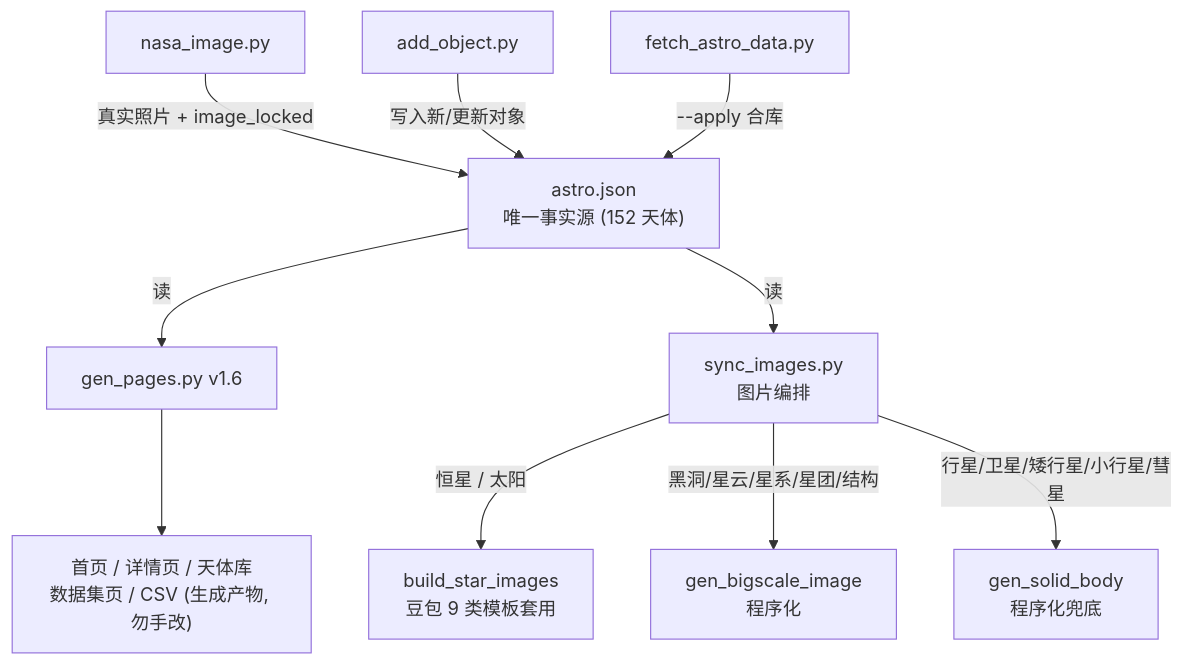
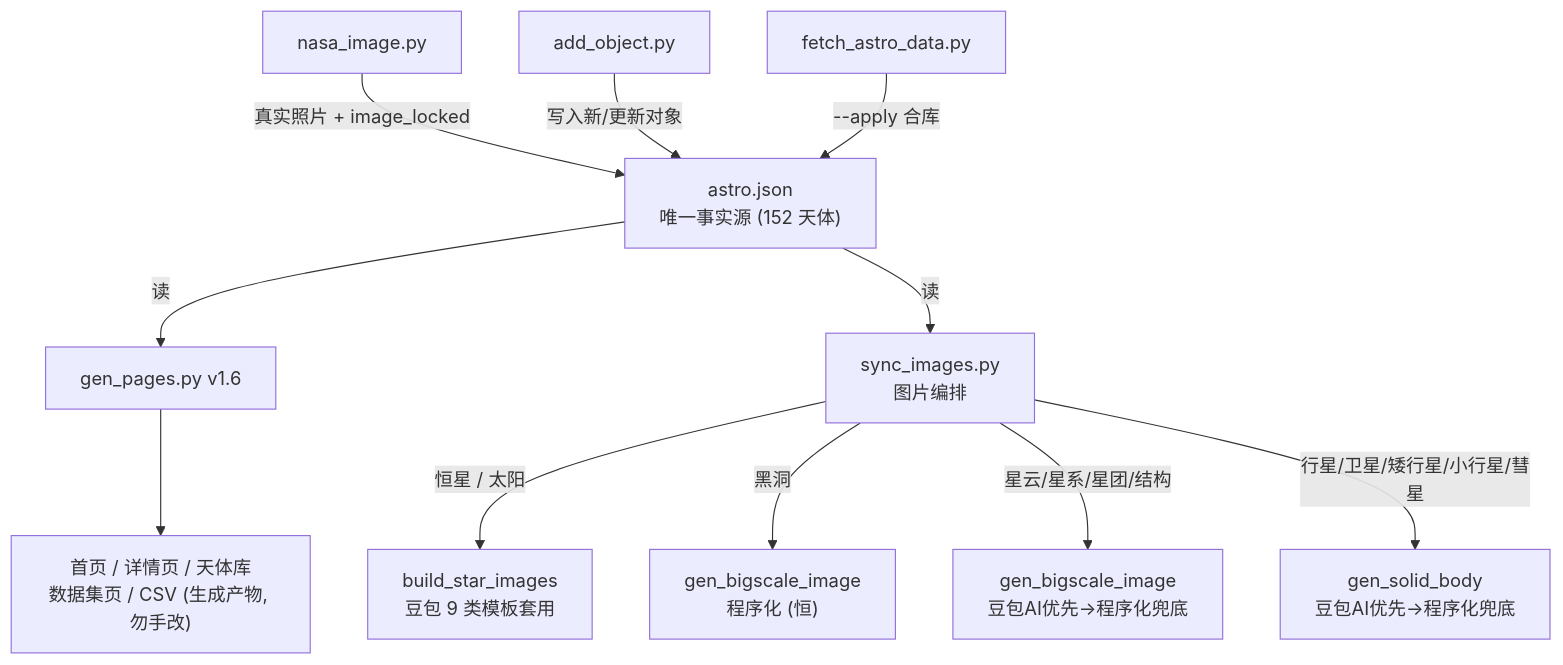
Before and after one commit to yufengwolf/astro-blog: the first of 5 diagrams in 维护指南.md, drawn with Mermaid. The commit also changed other lines of this file and 11 other files, not shown here.

Commit message:
fix: 图片生成改为豆包AI优先+程序化兜底(Otsu自适应裁圆,黑洞恒程序化); add_object 末尾自动gen_pages+构建+清晰总结; 行星/矮行星默认parent=sun; 维护指南/README 同步更新出图优先级

````diff
--- a/维护指南.md
+++ b/维护指南.md
@@ -11,12 +11,13 @@
 ```mermaid
 flowchart TD
     A["astro.json<br/>唯一事实源 (152 天体)"] -->|读| B["gen_pages.py v1.6"]
     B --> C["首页 / 详情页 / 天体库<br/>数据集页 / CSV (生成产物, 勿手改)"]
     A -->|读| D["sync_images.py<br/>图片编排"]
     D -->|恒星 / 太阳| E["build_star_images<br/>豆包 9 类模板套用"]
-    D -->|黑洞/星云/星系/星团/结构| F["gen_bigscale_image<br/>程序化"]
-    D -->|行星/卫星/矮行星/小行星/彗星| G["gen_solid_body<br/>程序化兜底"]
+    D -->|黑洞| F0["gen_bigscale_image<br/>程序化 (恒)"]
+    D -->|星云/星系/星团/结构| F["gen_bigscale_image<br/>豆包AI优先→程序化兜底"]
+    D -->|行星/卫星/矮行星/小行星/彗星| G["gen_solid_body<br/>豆包AI优先→程序化兜底"]
     H["nasa_image.py"] -->|真实照片 + image_locked| A
     I["add_object.py"] -->|写入新/更新对象| A
     J["fetch_astro_data.py"] -->|--apply 合库| A
 ```
````
